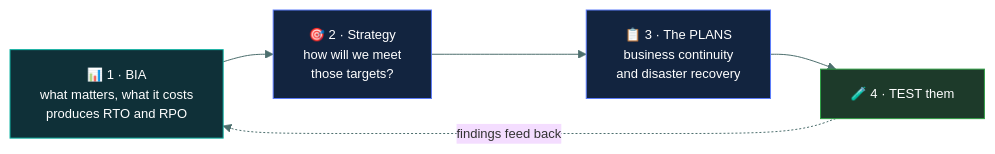
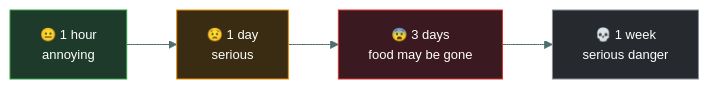
One commit to tarunTejaDesireddy/cc-exam-prep changed the first of 4 diagrams in 02-security-governance/business-impact-analysis/README.md. Above: the diagram before and after it, drawn with Mermaid. The commit also changed other lines of this file and 1 other file, not shown here.

First line of the commit message:
Rewrite Business Impact Analysis with the tribe caveman walkthrough

````diff
--- a/02-security-governance/business-impact-analysis/README.md
+++ b/02-security-governance/business-impact-analysis/README.md
@@ -73,13 +64,12 @@
 ```mermaid
-%%{init: {'theme':'base','themeVariables':{'fontSize':'13px','lineColor':'#4d6f6e','textColor':'#dbe7e6'}}}%%
+%%{init: {'theme':'base','themeVariables':{'fontFamily':'Segoe UI, Helvetica Neue, Arial, sans-serif','fontSize':'13px','lineColor':'#4d6f6e','textColor':'#dbe7e6'}}}%%
 flowchart LR
-    B["📊 1 · BIA<br/>what matters, what it costs<br/>produces RTO and RPO"] --> S["🎯 2 · Strategy<br/>how will we meet<br/>those targets?"]
-    S --> P["📋 3 · The PLANS<br/>business continuity<br/>and disaster recovery"]
-    P --> T["🧪 4 · TEST them"]
-    T -.->|"findings feed back"| B
+    H1["😐 1 hour<br/>annoying"] --> D1["😟 1 day<br/>serious"]
+    D1 --> D3["😨 3 days<br/>food may be gone"]
+    D3 --> W1["💀 1 week<br/>serious danger"]
 
-    style B fill:#0f3038,stroke:#12B5A5,color:#fff
-    style S fill:#12243f,stroke:#5C7CFA,color:#fff
-    style P fill:#12243f,stroke:#5C7CFA,color:#fff
-    style T fill:#1d3a2a,stroke:#2F9E44,color:#fff
+    style H1 fill:#1d3a2a,stroke:#2F9E44,color:#fff
+    style D1 fill:#3a2c12,stroke:#F08C00,color:#fff
+    style D3 fill:#3a1a20,stroke:#E03131,color:#fff
+    style W1 fill:#26292e,stroke:#868E96,color:#fff
 ```
````
